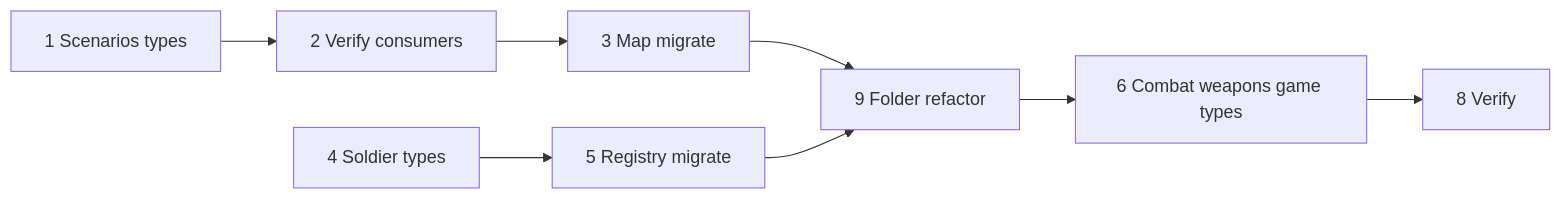
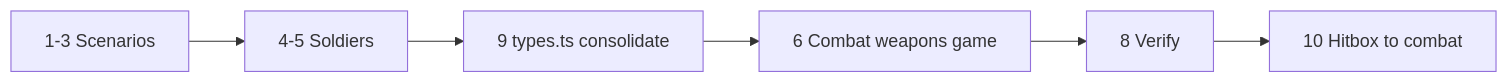
Before and after one commit to MaxiGarcia13/conter-strai: the diagram in specs/architecture/tasks.md, drawn with Mermaid. The commit also changed other lines of this file and 1 other file, not shown here.

Commit message:
chore: Update architecture documentation to reflect the consolidation of type definitions into single `types.ts` files per module, clarify folder layout, and outline pending tasks for hitbox type migration to combat module for improved organization and clarity.

````diff
--- a/specs/architecture/tasks.md
+++ b/specs/architecture/tasks.md
@@ -158,10 +179,8 @@
 ```mermaid
 flowchart LR
-  A[1 Scenarios types] --> B[2 Verify consumers]
-  B --> C[3 Map migrate]
-  D[4 Soldier types] --> E[5 Registry migrate]
-  C --> F[9 Folder refactor]
-  E --> F
-  F --> G[6 Combat weapons game types]
-  G --> H[8 Verify]
+  A[1-3 Scenarios] --> B[4-5 Soldiers]
+  B --> C[9 types.ts consolidate]
+  C --> D[6 Combat weapons game]
+  D --> E[8 Verify]
+  E --> F[10 Hitbox to combat]
 ```
````
